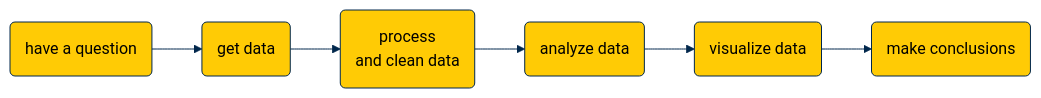
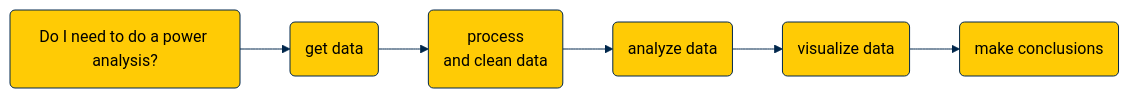
One commit to agrogan1/teaching changed the diagram in power-analysis/README.md. Above: the diagram before and after it, drawn with Mermaid. The commit also changed other lines of this file, not shown here.

````diff
--- a/power-analysis/README.md
+++ b/power-analysis/README.md
@@ -3,24 +3,24 @@
 ```mermaid
 %%{
   init: {
     'theme': 'base',
     'themeVariables': {
       'primaryColor': '#FFCB05',
       'primaryTextColor': '#000000',
       'primaryBorderColor': '#00274C',
       'lineColor': '#00274C',
       'secondaryColor': '#00274C',
       'secondaryTextColor': '#000000',
       'tertiaryColor': '#F2F2F2',
       'tertiaryBorderColor': '#00274C'
     }
   }
 }%%
 
 flowchart LR
-  A(have a question) --> B(get data)
+  A(Do I need to do a power analysis?) --> B(get data)
   B --> C(process <br>and clean data) 
   C --> D(analyze data)
   D --> E(visualize data)
   E --> F(make conclusions)
 ```
````
